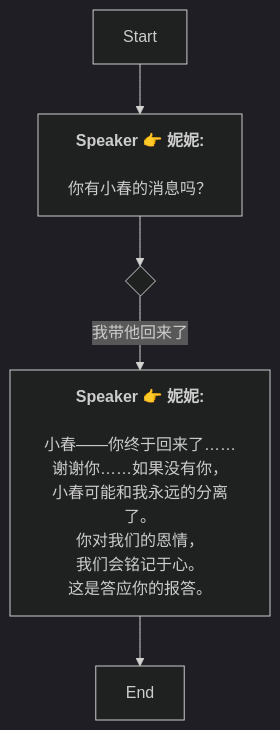
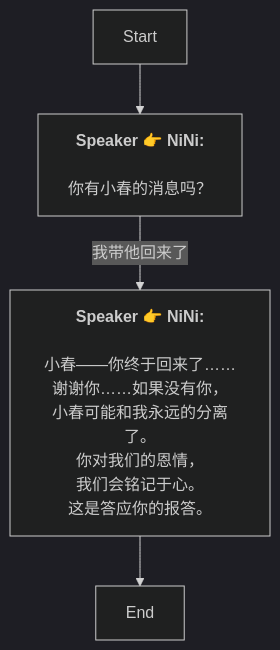
One commit to SoftHu/tos_avg changed the diagram in Zh/QuestTalkObjectiveNode_1770750334383150.md. Above: the diagram before and after it, drawn with Mermaid (dark theme). The commit also changed 737 other files, not shown here.

````diff
--- a/Zh/QuestTalkObjectiveNode_1770750334383150.md
+++ b/Zh/QuestTalkObjectiveNode_1770750334383150.md
@@ -1,17 +1,11 @@
 ```mermaid
 graph
-Start -->1770750449820772[<b>Speaker 👉 妮妮:</b>
-
-你有小春的消息吗？]
-1770750449820772 -->1770750449822824{ }
-1770750449822824 -->|我带他回来了|1770750449825899[<b>Speaker 👉 妮妮:</b>
-
-小春——你终于回来了……
-谢谢你……如果没有你，
-小春可能和我永远的分离了。
-你对我们的恩情，
-我们会铭记于心。
-这是答应你的报答。]
+Start -->1770750449820772[<b>Speaker 👉 NiNi:</b>
+\n你有小春的消息吗？]
+1770750449820772 -->|我带他回来了|1770750449825899[<b>Speaker 👉 NiNi:</b>
+\n小春——你终于回来了……\n谢谢你……如果没有你，
+小春可能和我永远的分离了。\n你对我们的恩情，
+我们会铭记于心。\n这是答应你的报答。]
 1770750449825899 -->1770750449825900[End]
 
- ```
+```
````
